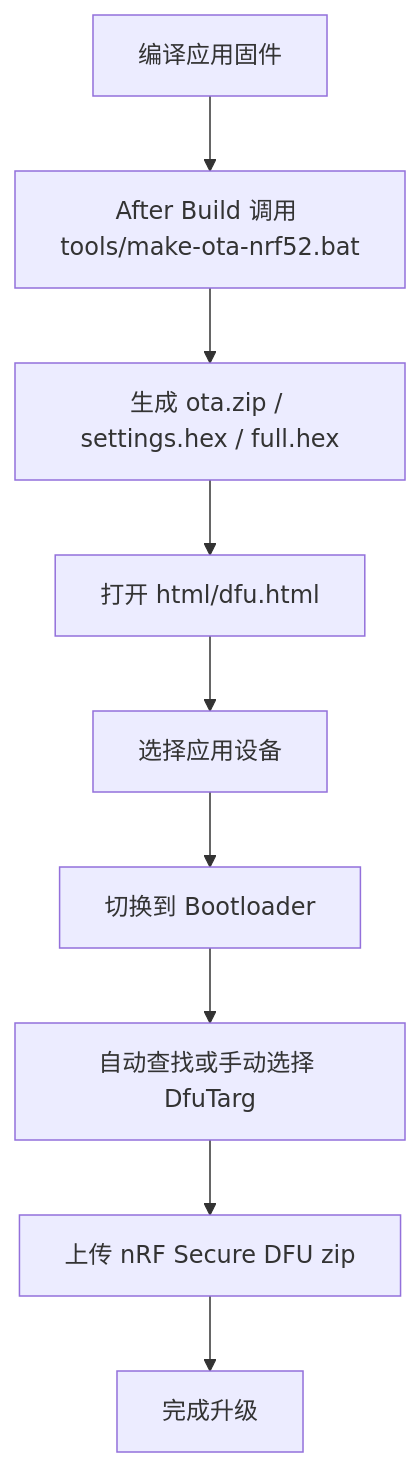
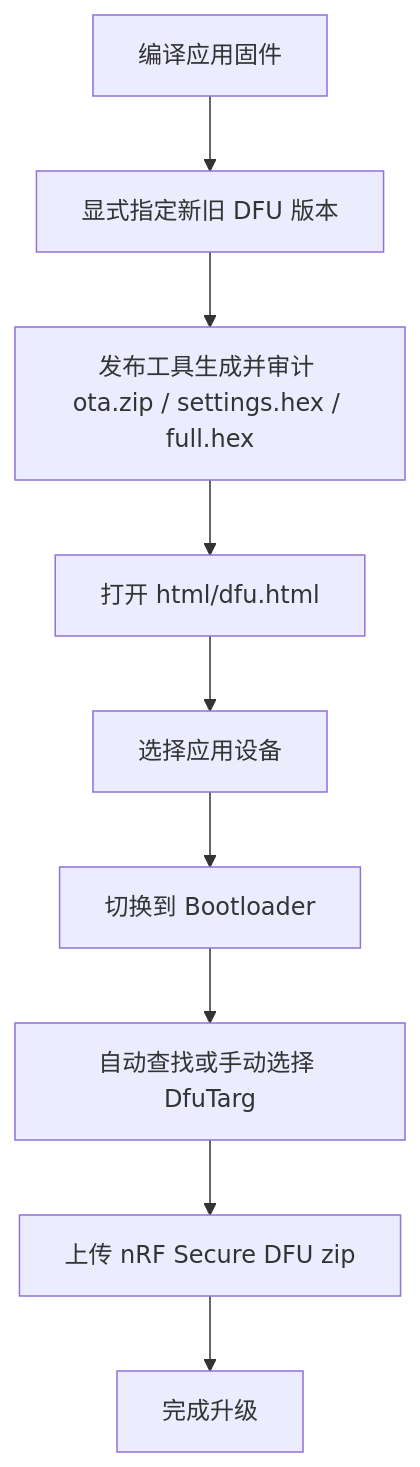
Before and after one commit to YCD12/nRF_EPD: the second of 2 diagrams in README.md, drawn with Mermaid. The commit also changed other lines of this file and 74 other files, not shown here.

````diff
--- a/README.md
+++ b/README.md
@@ -361,11 +402,11 @@
 ```mermaid
 flowchart TD
-    A[编译应用固件] --> B[After Build 调用 tools/make-ota-nrf52.bat]
-    B --> C[生成 ota.zip / settings.hex / full.hex]
+    A[编译应用固件] --> B[显式指定新旧 DFU 版本]
+    B --> C[发布工具生成并审计 ota.zip / settings.hex / full.hex]
     C --> D[打开 html/dfu.html]
     D --> E[选择应用设备]
     E --> F[切换到 Bootloader]
     F --> G[自动查找或手动选择 DfuTarg]
     G --> H[上传 nRF Secure DFU zip]
     H --> I[完成升级]
 ```
````
